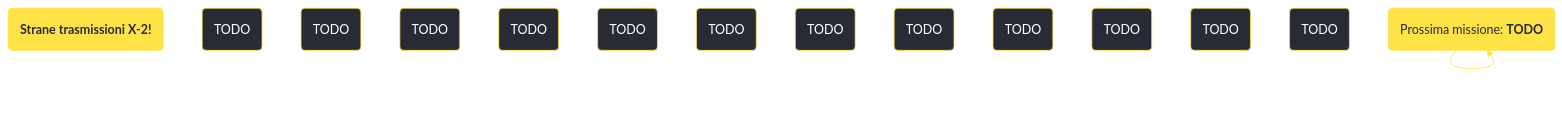
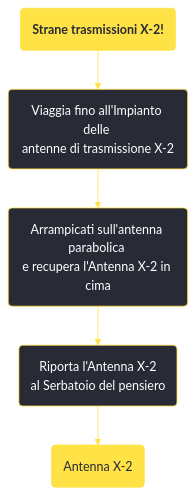
One commit to persy/wastelander changed the diagram in content/voci/fallout new vegas/missioni/Strane trasmissioni X-2.md. Above: the diagram before and after it, drawn with Mermaid. The commit also changed 174 other files, not shown here.

````diff
--- a/content/voci/fallout new vegas/missioni/Strane trasmissioni X-2.md
+++ b/content/voci/fallout new vegas/missioni/Strane trasmissioni X-2.md
@@ -32,24 +32,15 @@
 ```mermaid
 %%{init: {'theme': 'base', 'themeVariables': { 'primaryColor': '#282a36', 'primaryBorderColor': '#ffe245', 'primaryTextColor': '#fff', 'lineColor': '#ffe245', 'fontFamily': 'Jura'}}}%%
 graph TD;
     id1(<b>Strane trasmissioni X-2!</b>):::questfnv
-    id2(TODO)
-    id3(TODO)
-    id4(TODO)
-    id5(TODO)
-    id6(TODO)
-    id7(TODO) 
-    id8(TODO)
-    id9(TODO)
-    id10(TODO)
-    id11(TODO)
-    id12(TODO)
-    id13(TODO) 
-    id(TODO):::rewardfnv
-    id(Prossima missione: <b>TODO</b>):::questfnv
-    id-->id-->id-->id-->id-->id-->id
+    id2(Viaggia fino all'Impianto delle <br />antenne di trasmissione X-2)
+    id3(Arrampicati sull'antenna parabolica <br />e recupera l'Antenna X-2 in cima)
+    id4(Riporta l'Antenna X-2 <br />al Serbatoio del pensiero)
+    id5(Antenna X-2):::rewardfnv
     
-    click id "../TODO"
+    id1-->id2-->id3-->id4-->id5
+    
+    
     classDef rewardfnv fill:#ffe245, stroke:#ffe245, color:#282a36;
     classDef questfnv fill:#ffe245, stroke:#ffe245, color:#282a36;
 ```
````
